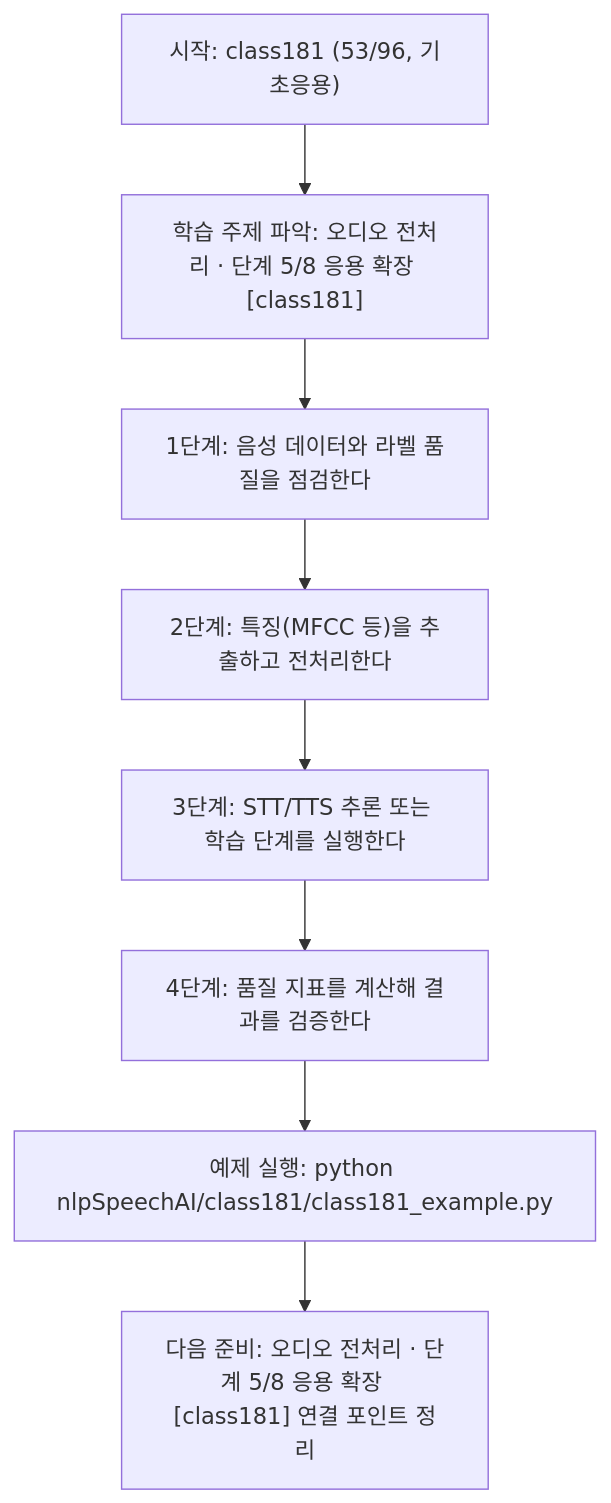
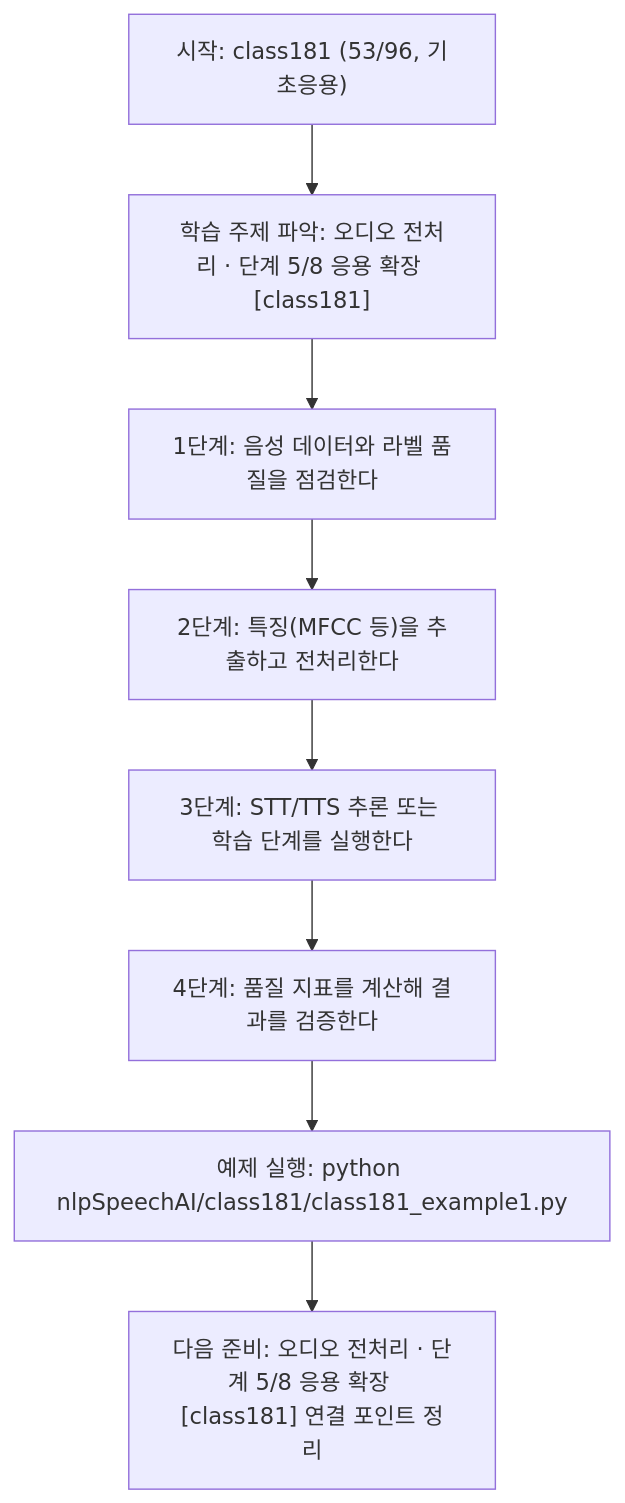
One commit to edumgt/Python-AI_Agent-Class changed the diagram in nlpSpeechAI/class181/class181.md. Above: the diagram before and after it, drawn with Mermaid. The commit also changed other lines of this file and 2959 other files, not shown here.

````diff
--- a/nlpSpeechAI/class181/class181.md
+++ b/nlpSpeechAI/class181/class181.md
@@ -113,18 +113,18 @@
 ```mermaid
 flowchart TD
 N1["시작: class181 (53/96, 기초응용)"]
 N2["학습 주제 파악: 오디오 전처리 · 단계 5/8 응용 확장 [class181]"]
 N3["1단계: 음성 데이터와 라벨 품질을 점검한다"]
 N4["2단계: 특징(MFCC 등)을 추출하고 전처리한다"]
 N5["3단계: STT/TTS 추론 또는 학습 단계를 실행한다"]
 N6["4단계: 품질 지표를 계산해 결과를 검증한다"]
-N7["예제 실행: python nlpSpeechAI/class181/class181_example.py"]
+N7["예제 실행: python nlpSpeechAI/class181/class181_example1.py"]
 N8["다음 준비: 오디오 전처리 · 단계 5/8 응용 확장 [class181] 연결 포인트 정리"]
 N1 --> N2
 N2 --> N3
 N3 --> N4
 N4 --> N5
 N5 --> N6
 N6 --> N7
 N7 --> N8
 ```
````
